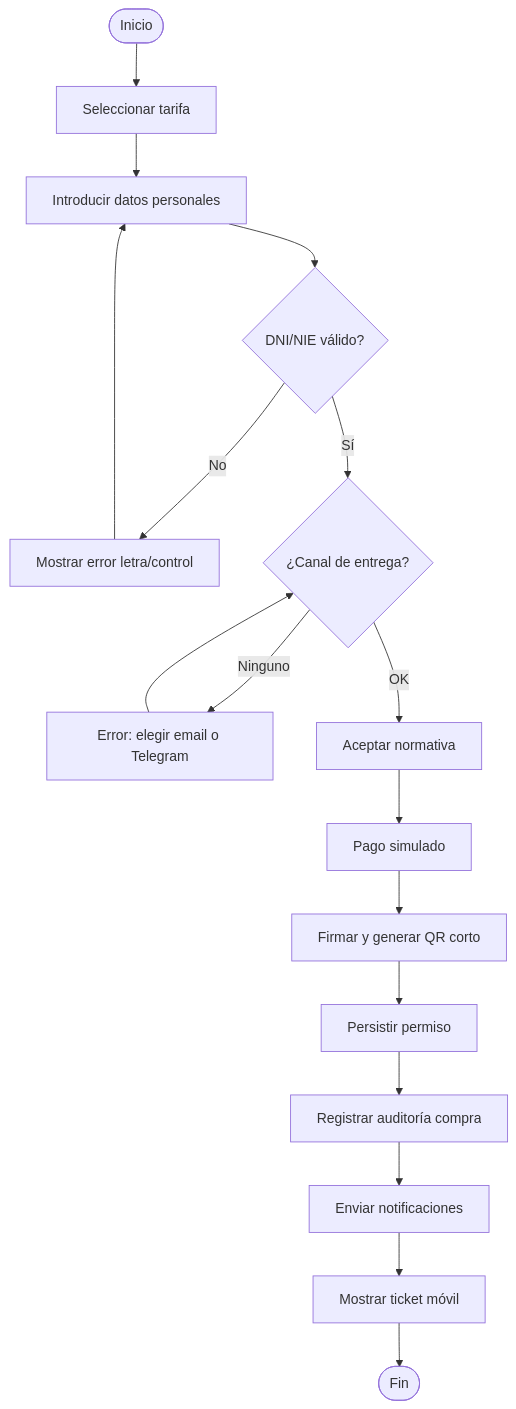
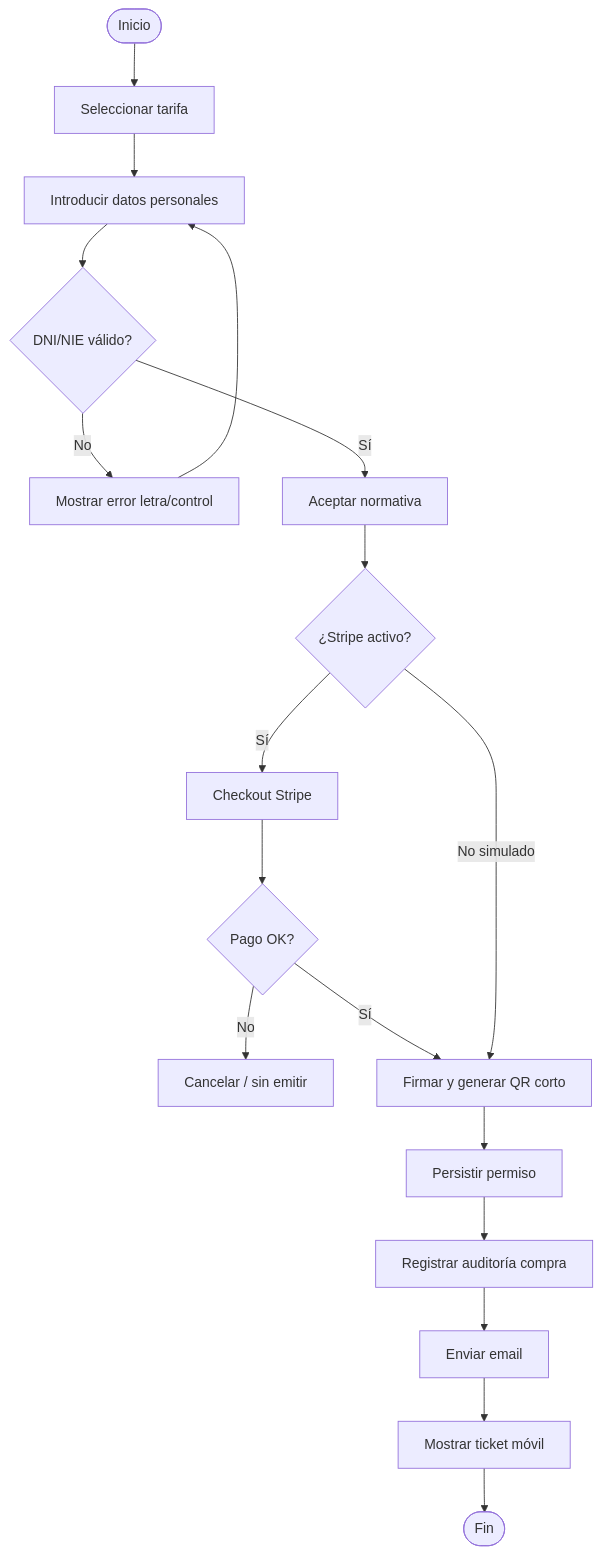
One commit to gracobjo/cotoSetas changed the sixth of 8 diagrams in docs/uml.md. Above: the diagram before and after it, drawn with Mermaid. The commit also changed other lines of this file and 10 other files, not shown here.

First line of the commit message:
Actualiza la documentación a v1.3: Stripe, tarifas Micocyl y entrega solo por email.

````diff
--- a/docs/uml.md
+++ b/docs/uml.md
@@ -296,19 +302,20 @@
 ```mermaid
 flowchart TD
   A([Inicio]) --> B[Seleccionar tarifa]
   B --> C[Introducir datos personales]
   C --> D{DNI/NIE válido?}
   D -->|No| E[Mostrar error letra/control]
   E --> C
-  D -->|Sí| F{¿Canal de entrega?}
-  F -->|Ninguno| G[Error: elegir email o Telegram]
-  G --> F
-  F -->|OK| H[Aceptar normativa]
-  H --> I[Pago simulado]
-  I --> J[Firmar y generar QR corto]
+  D -->|Sí| H[Aceptar normativa]
+  H --> I{¿Stripe activo?}
+  I -->|Sí| P[Checkout Stripe]
+  P --> Q{Pago OK?}
+  Q -->|No| R[Cancelar / sin emitir]
+  Q -->|Sí| J[Firmar y generar QR corto]
+  I -->|No simulado| J
   J --> K[Persistir permiso]
   K --> L[Registrar auditoría compra]
-  L --> M[Enviar notificaciones]
+  L --> M[Enviar email]
   M --> N[Mostrar ticket móvil]
   N --> O([Fin])
 ```
````
